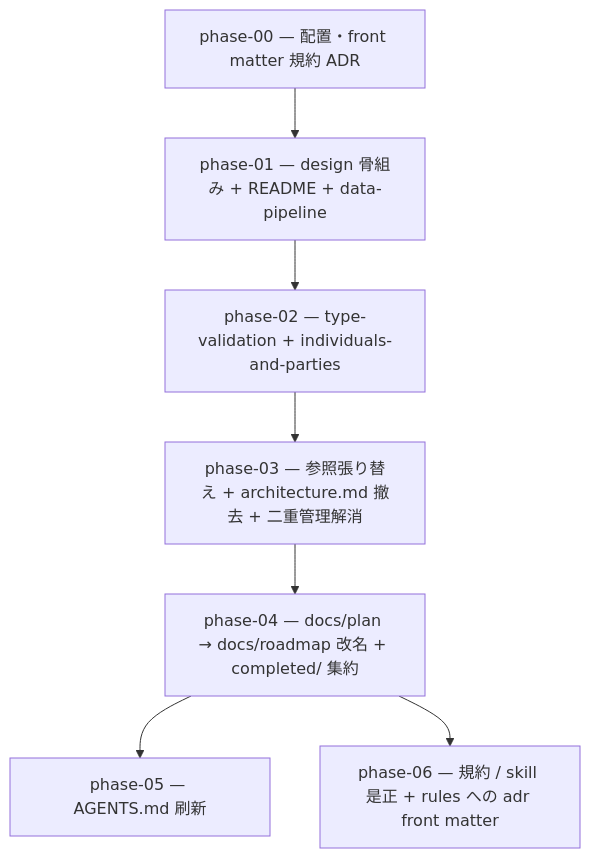
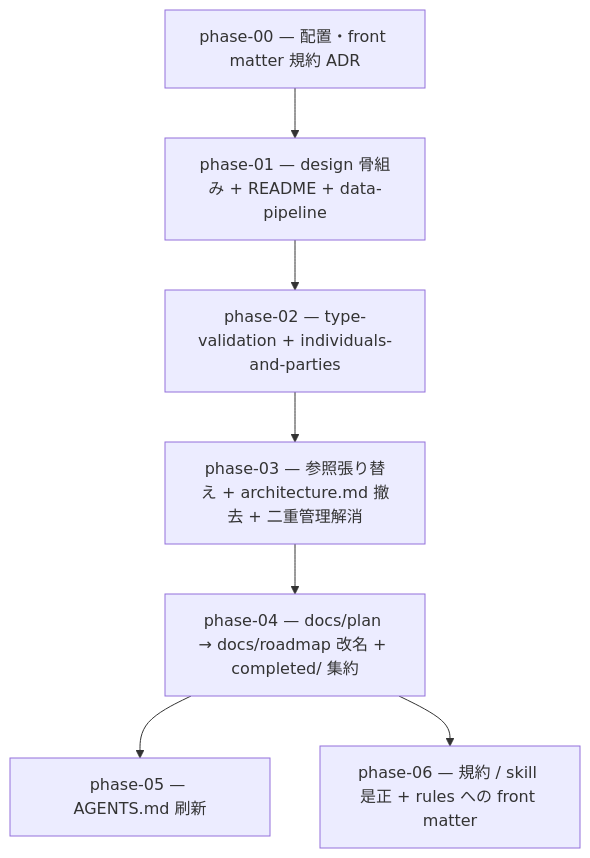
One commit to subroh0508/pokeform changed the diagram in docs/plan/08-docs-restructure/README.md. Above: the diagram before and after it, drawn with Mermaid. The commit also changed other lines of this file and 3 other files, not shown here.

First line of the commit message:
docs(plan): rules の front matter にも last_modified キーを追加（レビュー反映）

````diff
--- a/docs/plan/08-docs-restructure/README.md
+++ b/docs/plan/08-docs-restructure/README.md
@@ -13,9 +13,9 @@
 ```mermaid
 flowchart TD
     P0[phase-00 — 配置・front matter 規約 ADR] --> P1[phase-01 — design 骨組み + README + data-pipeline]
     P1 --> P2[phase-02 — type-validation + individuals-and-parties]
     P2 --> P3[phase-03 — 参照張り替え + architecture.md 撤去 + 二重管理解消]
     P3 --> P4[phase-04 — docs/plan → docs/roadmap 改名 + completed/ 集約]
     P4 --> P5[phase-05 — AGENTS.md 刷新]
-    P4 --> P6[phase-06 — 規約 / skill 是正 + rules への adr front matter]
+    P4 --> P6[phase-06 — 規約 / skill 是正 + rules への front matter]
 ```
````
